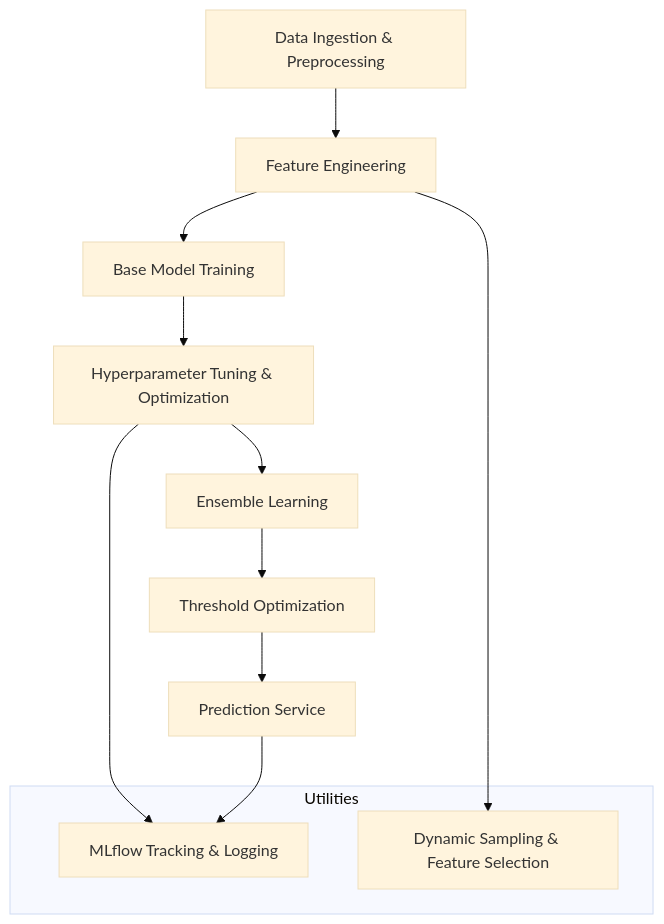
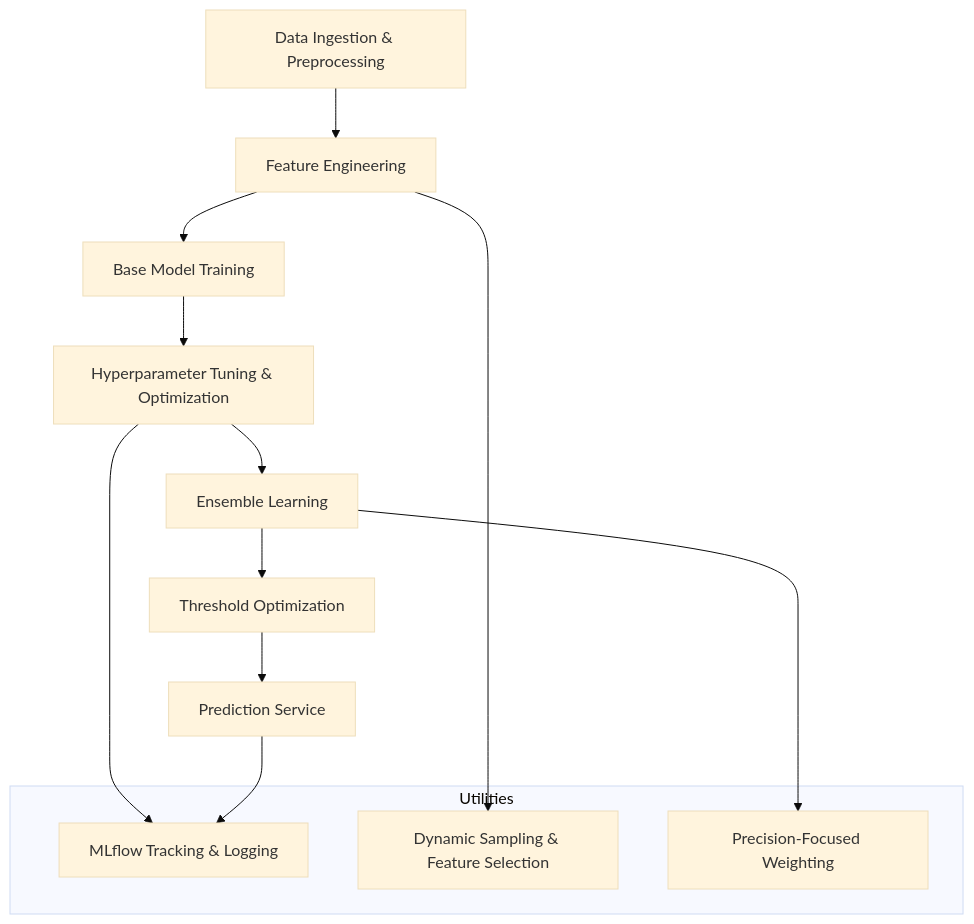
The diagram in docs/architecture.md (ronyka77/TheDrawCode), drawn with Mermaid (base theme) before and after one commit. The commit also changed other lines of this file and 19 other files, not shown here.

````diff
--- a/docs/architecture.md
+++ b/docs/architecture.md
@@ -7,16 +7,18 @@
 ```mermaid
 graph TD;
     A[Data Ingestion & Preprocessing] --> B[Feature Engineering];
     B --> C[Base Model Training];
     C --> D[Hyperparameter Tuning & Optimization];
     D --> E[Ensemble Learning];
     E --> F[Threshold Optimization];
     F --> G[Prediction Service];
     subgraph Utilities
       H[MLflow Tracking & Logging]
       I[Dynamic Sampling & Feature Selection]
+      J[Precision-Focused Weighting]
     end
     B --> I;
     D --> H;
     G --> H;
+    E --> J;
 ```
````
